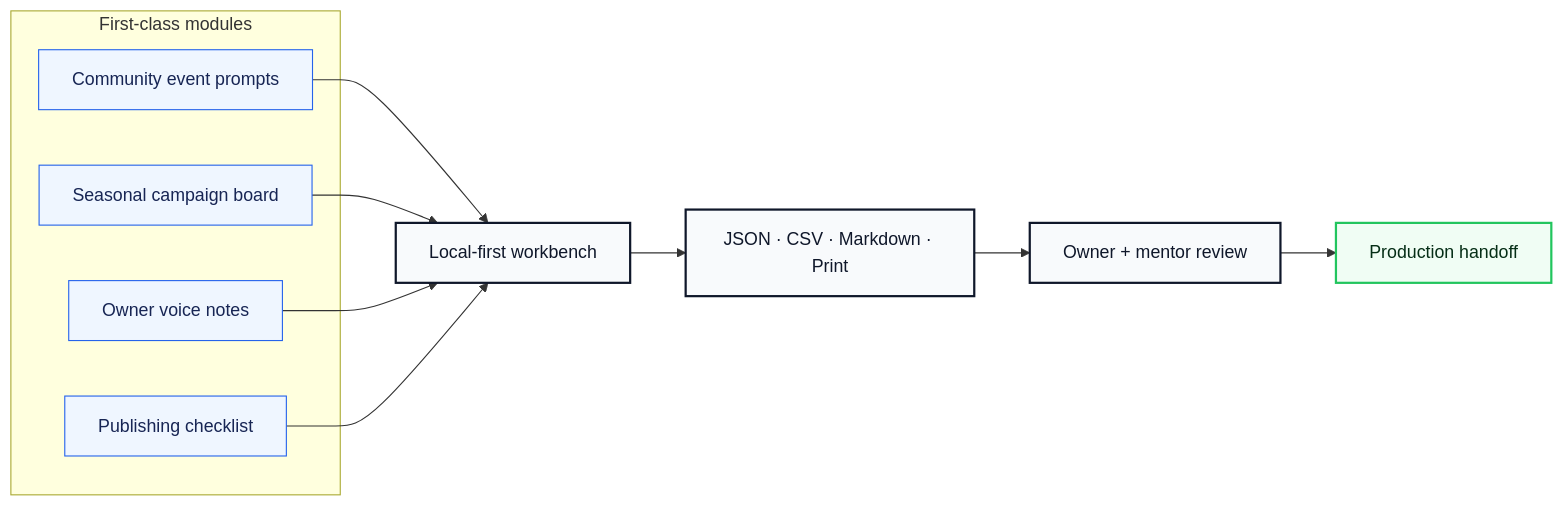
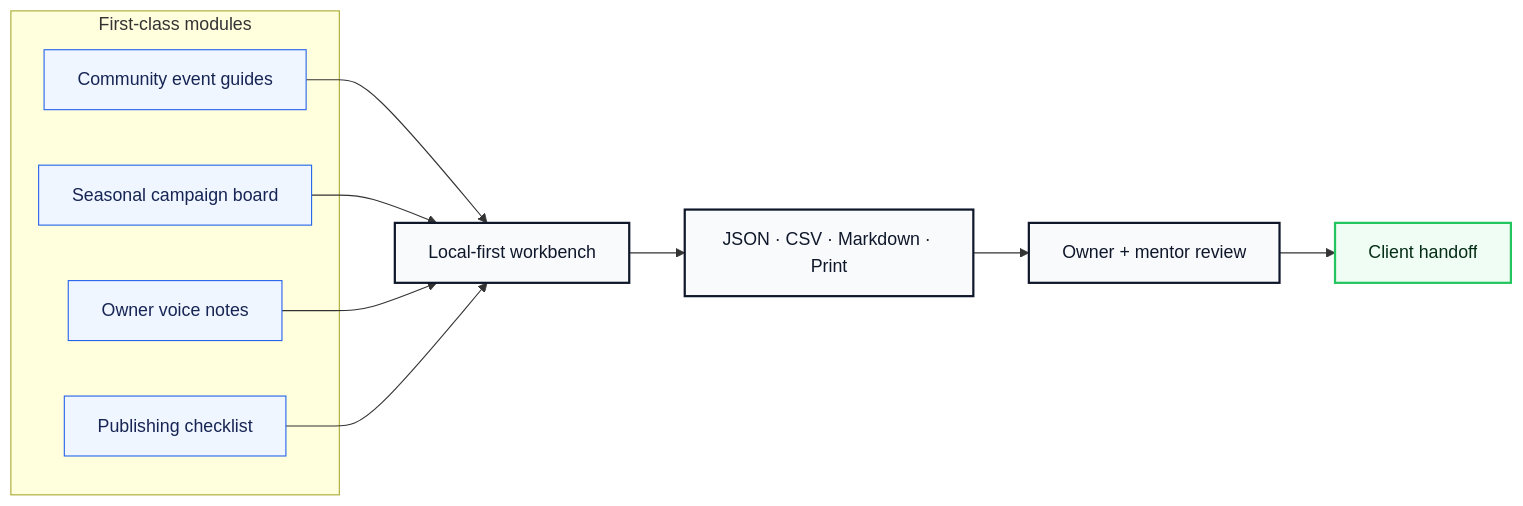
The second of 3 diagrams in README.md (volta-npo/content-calendar-compass), drawn with Mermaid before and after one commit. The commit also changed other lines of this file and 28 other files, not shown here.

````diff
--- a/README.md
+++ b/README.md
@@ -64,23 +64,23 @@
 ```mermaid
 flowchart LR
     subgraph Modules["First-class modules"]
-        M1["Community event prompts"]
+        M1["Community event guides"]
         M2["Seasonal campaign board"]
         M3["Owner voice notes"]
         M4["Publishing checklist"]
     end
     M1 --> Workbench
     M2 --> Workbench
     M3 --> Workbench
     M4 --> Workbench
     Workbench["Local-first workbench"] --> Exports["JSON · CSV · Markdown · Print"]
     Exports --> Review["Owner + mentor review"]
-    Review --> Launch["Production handoff"]
+    Review --> Launch["Client handoff"]
 
     classDef module fill:#eff6ff,stroke:#2563eb,color:#172554;
     classDef app fill:#f8fafc,stroke:#0f172a,color:#0f172a,stroke-width:2px;
     classDef launch fill:#f0fdf4,stroke:#22c55e,color:#052e16,stroke-width:2px;
     class M1,M2,M3,M4 module;
     class Workbench,Exports,Review app;
     class Launch launch;
 ```
````
